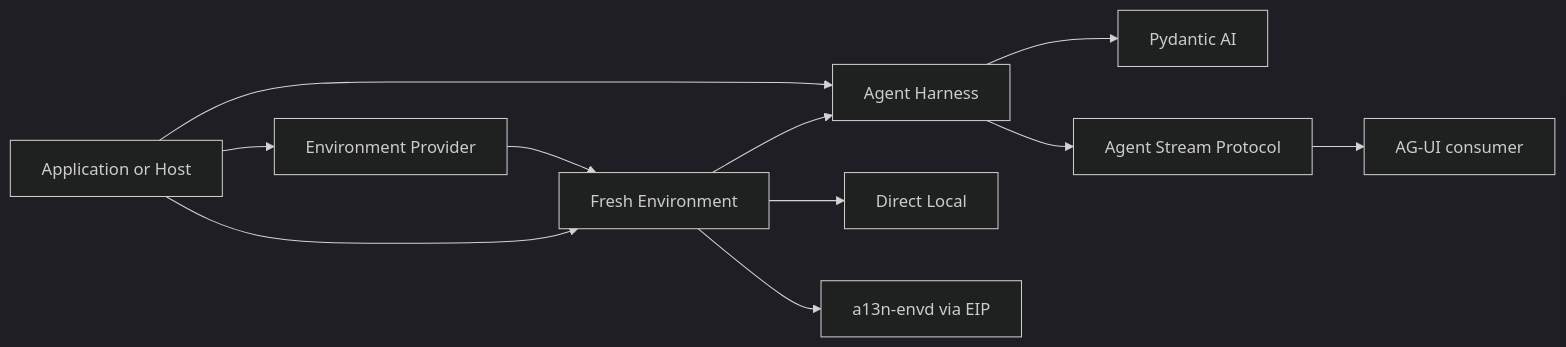
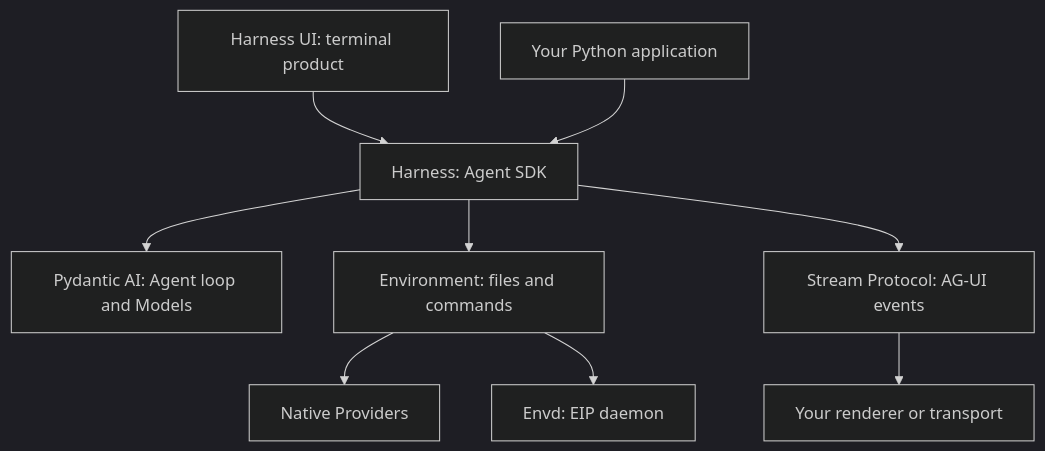
One commit to LTThreeComma/agent-foundation changed the diagram in docs/index.md. Above: the diagram before and after it, drawn with Mermaid (dark theme). The commit also changed other lines of this file and 94 other files, not shown here.

````diff
--- a/docs/index.md
+++ b/docs/index.md
@@ -21,13 +32,11 @@
 ```mermaid
-flowchart LR
-    App[Application or Host] --> Harness[Agent Harness]
-    Harness --> PAI[Pydantic AI]
-    Provider[Environment Provider] --> Environment[Fresh Environment]
-    App --> Provider
-    App --> Environment
-    Environment --> Harness
-    Environment --> Direct[Direct Local]
-    Environment --> Envd[a13n-envd via EIP]
-    Harness --> Stream[Agent Stream Protocol]
-    Stream --> Consumer[AG-UI consumer]
+flowchart TB
+    UI["Harness UI: terminal product"] --> Harness["Harness: Agent SDK"]
+    App["Your Python application"] --> Harness
+    Harness --> PAI["Pydantic AI: Agent loop and Models"]
+    Harness --> Env["Environment: files and commands"]
+    Env --> Native["Native Providers"]
+    Env --> EIP["Envd: EIP daemon"]
+    Harness --> Stream["Stream Protocol: AG-UI events"]
+    Stream --> Consumer["Your renderer or transport"]
 ```
````
